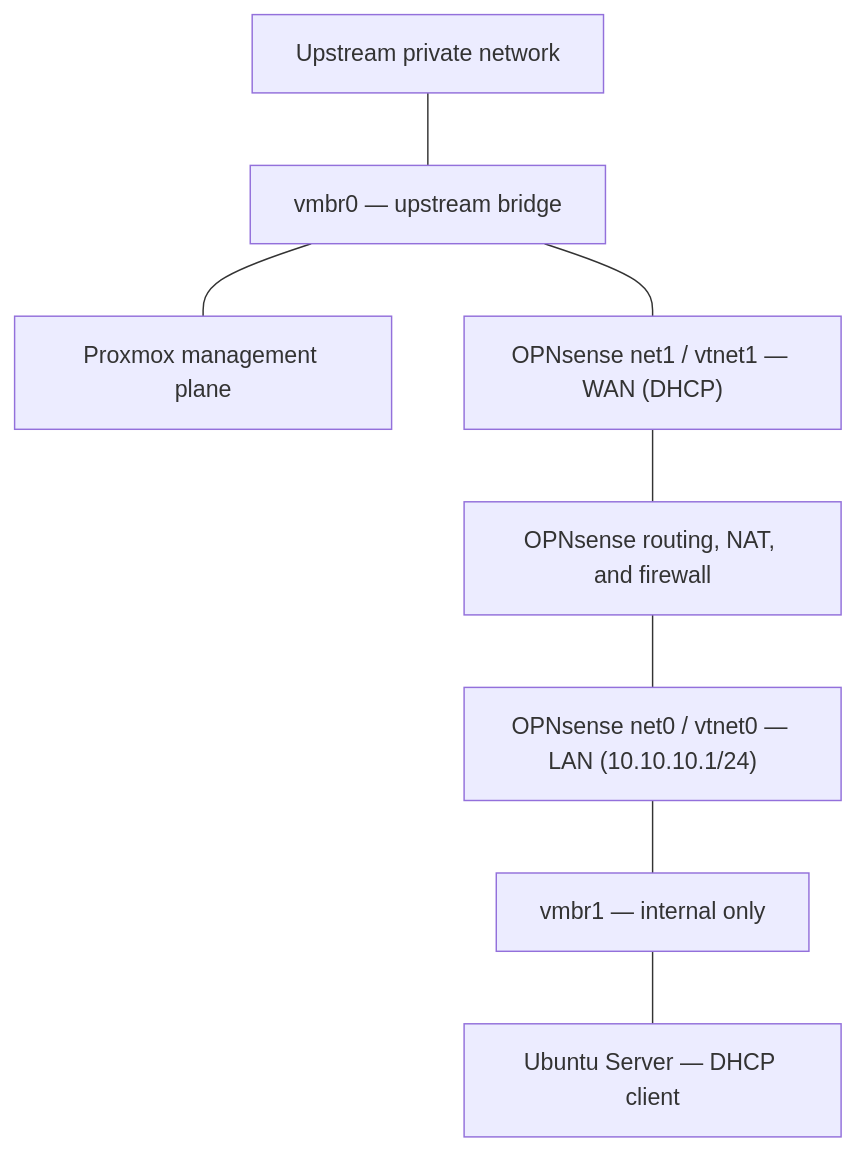
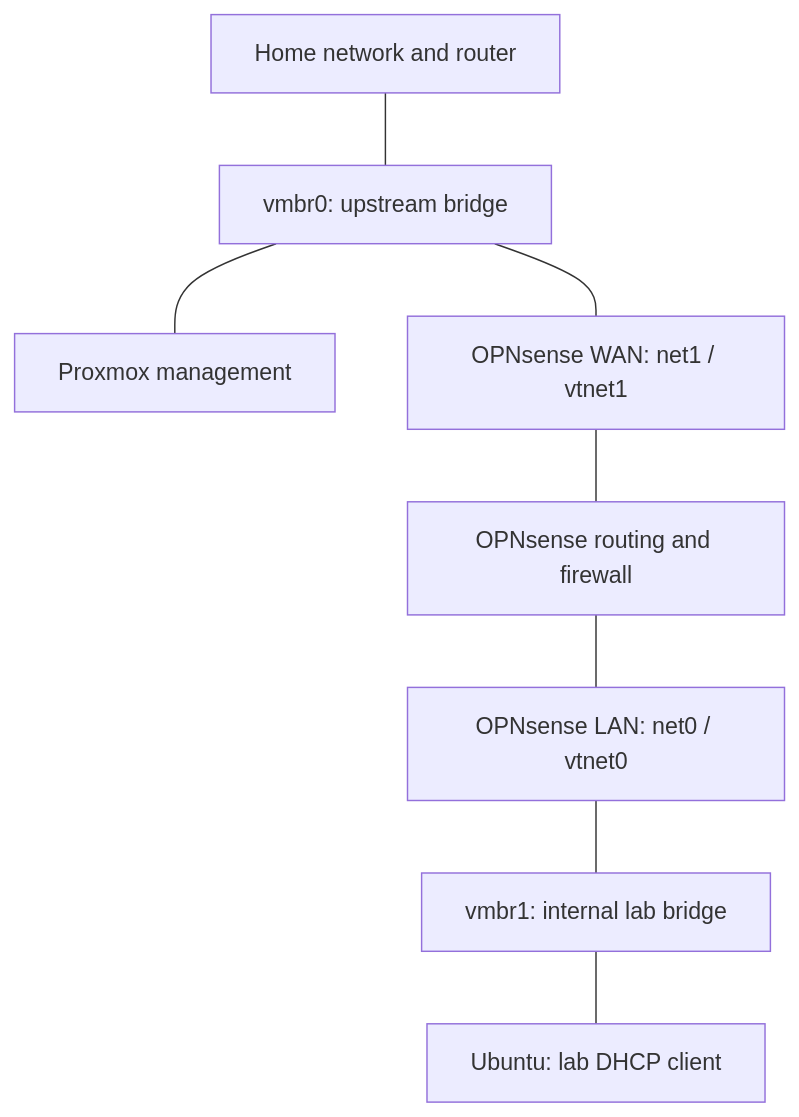
Before and after one commit to dalen-green/proxmox-cybersecurity-homelab: the diagram in projects/02-opnsense-segmentation/README.md, drawn with Mermaid. The commit also changed other lines of this file and 10 other files, not shown here.

````diff
--- a/projects/02-opnsense-segmentation/README.md
+++ b/projects/02-opnsense-segmentation/README.md
@@ -30,10 +18,10 @@
 ```mermaid
 flowchart TD
-    U["Upstream private network"] --- B0["vmbr0 — upstream bridge"]
-    B0 --- P["Proxmox management plane"]
-    B0 --- W["OPNsense net1 / vtnet1 — WAN (DHCP)"]
-    W --- F["OPNsense routing, NAT, and firewall"]
-    F --- L["OPNsense net0 / vtnet0 — LAN (10.10.10.1/24)"]
-    L --- B1["vmbr1 — internal only"]
-    B1 --- V["Ubuntu Server — DHCP client"]
+    R["Home network and router"] --- B0["vmbr0: upstream bridge"]
+    B0 --- P["Proxmox management"]
+    B0 --- W["OPNsense WAN: net1 / vtnet1"]
+    W --- F["OPNsense routing and firewall"]
+    F --- L["OPNsense LAN: net0 / vtnet0"]
+    L --- B1["vmbr1: internal lab bridge"]
+    B1 --- U["Ubuntu: lab DHCP client"]
 ```
````
